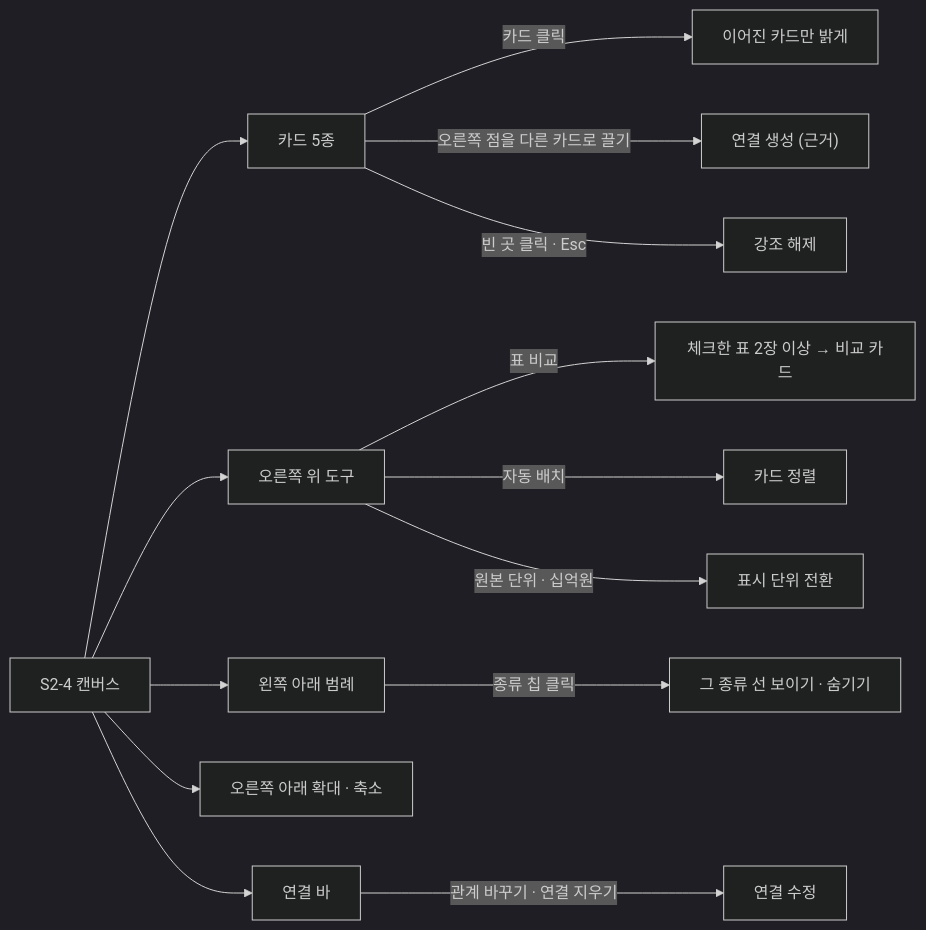
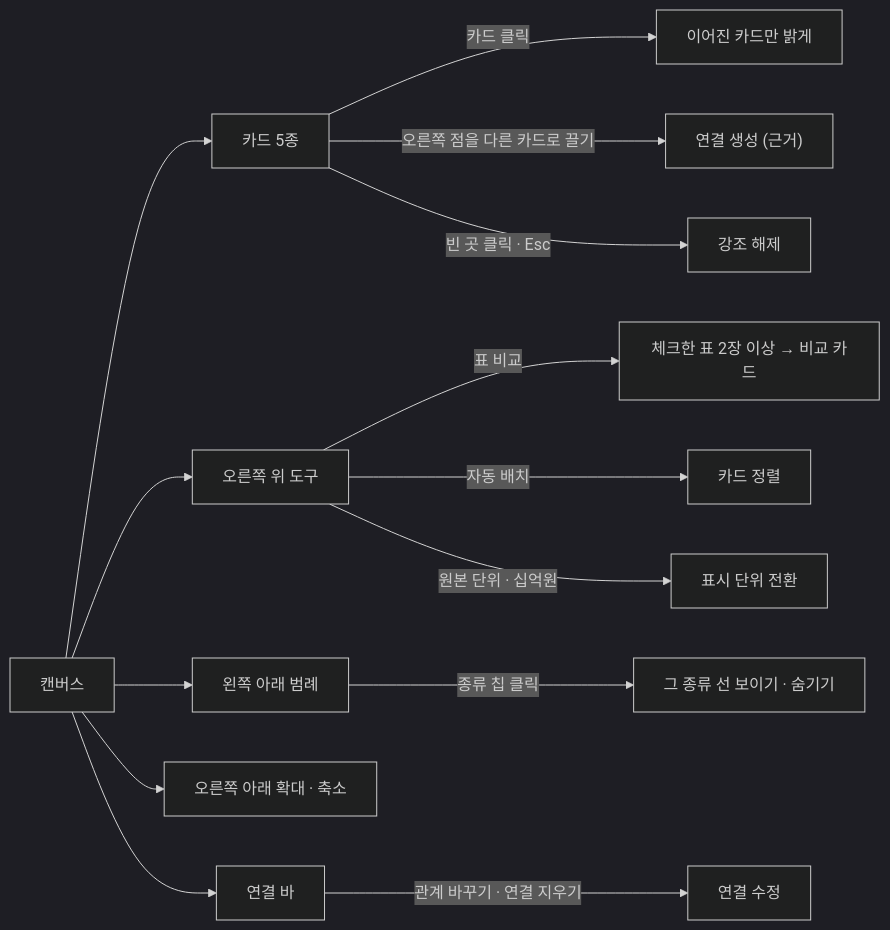
The seventh of 12 diagrams in docs/frontend/ia.md (vamos-team/telescope), drawn with Mermaid (dark theme) before and after one commit. The commit also changed other lines of this file and 2 other files, not shown here.

````diff
--- a/docs/frontend/ia.md
+++ b/docs/frontend/ia.md
@@ -162,16 +247,16 @@
 ```mermaid
 flowchart LR
-  CV["S2-4 캔버스"] --> K["카드 5종"]
+  CV["캔버스"] --> K["카드 5종"]
   CV --> TL["오른쪽 위 도구"]
   CV --> LG["왼쪽 아래 범례"]
   CV --> Z["오른쪽 아래 확대 · 축소"]
   CV --> LB["연결 바"]
   K -->|카드 클릭| K1["이어진 카드만 밝게"]
   K -->|오른쪽 점을 다른 카드로 끌기| K2["연결 생성 (근거)"]
   K -->|빈 곳 클릭 · Esc| K3["강조 해제"]
   TL -->|표 비교| T1["체크한 표 2장 이상 → 비교 카드"]
   TL -->|자동 배치| T2["카드 정렬"]
   TL -->|"원본 단위 · 십억원"| T3["표시 단위 전환"]
   LG -->|종류 칩 클릭| L1["그 종류 선 보이기 · 숨기기"]
   LB -->|"관계 바꾸기 · 연결 지우기"| B1["연결 수정"]
 ```
````
